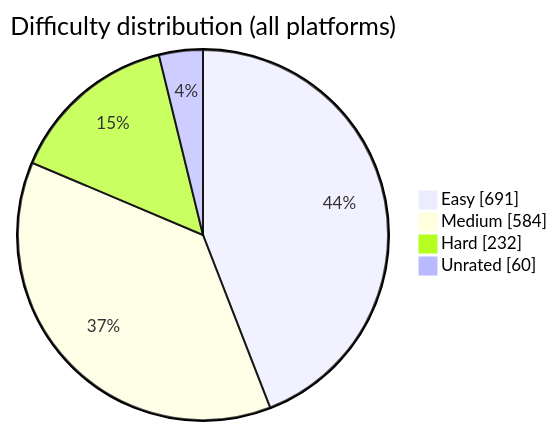
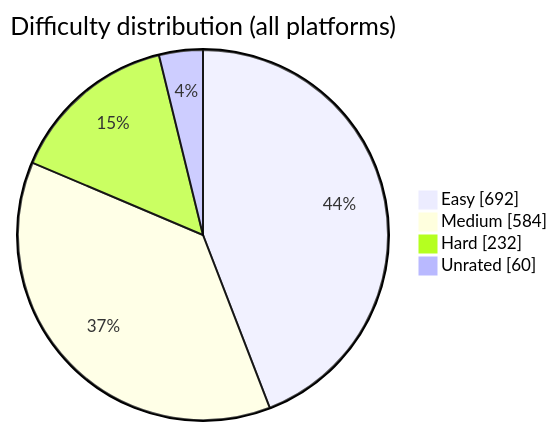
One commit to BuildbyArindam/Daily-Coding-Log changed the diagram in README.md. Above: the diagram before and after it, drawn with Mermaid. The commit also changed other lines of this file, not shown here.

````diff
--- a/README.md
+++ b/README.md
@@ -93,7 +93,7 @@
 ```mermaid
 pie showData title Difficulty distribution (all platforms)
-    "Easy" : 691
+    "Easy" : 692
     "Medium" : 584
     "Hard" : 232
     "Unrated" : 60
 ```
````
